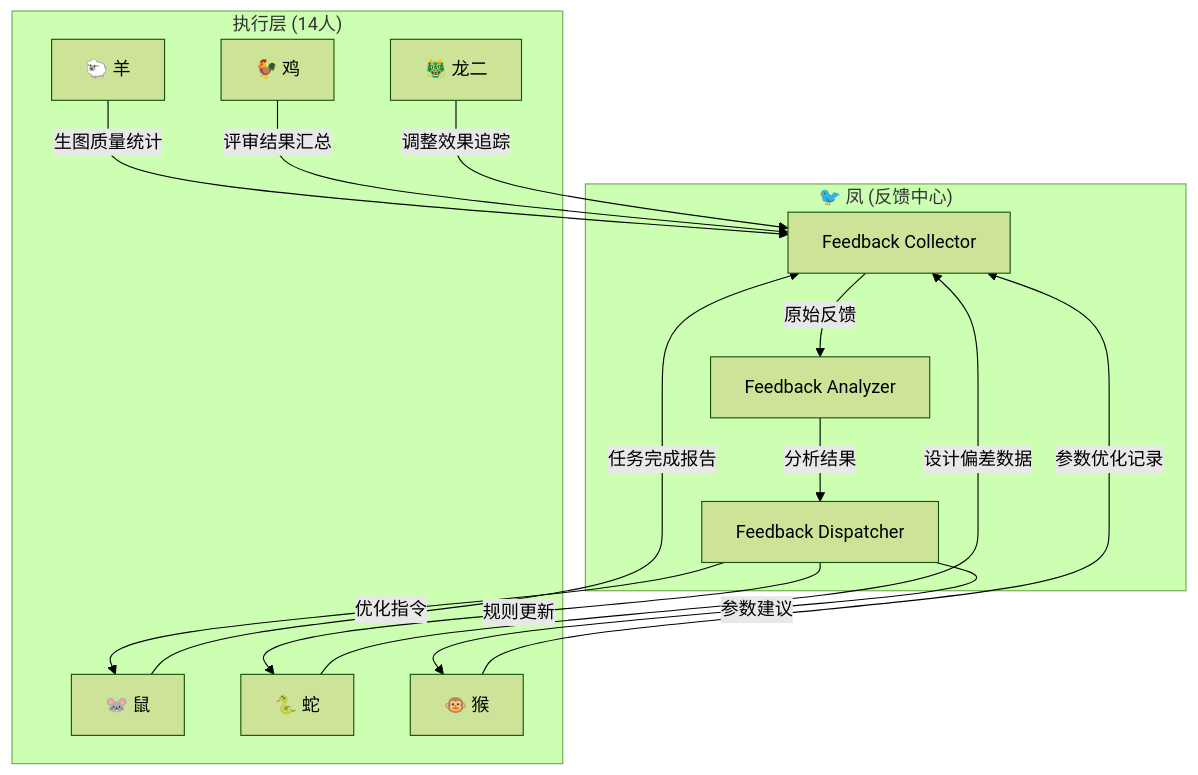
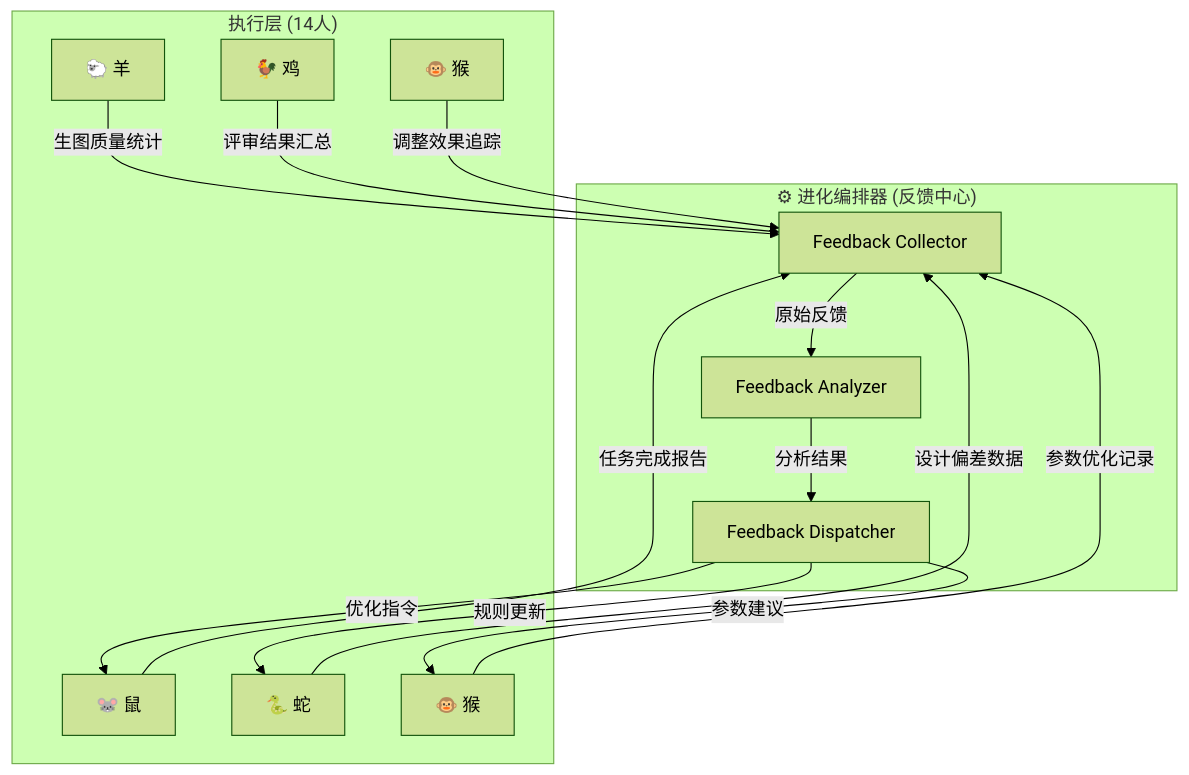
The diagram in skills/zheng10-evolution-orchestrator/SKILL.md (xukaitai321300-ctrl/-), drawn with Mermaid (forest theme) before and after one commit. The commit also changed other lines of this file and 147 other files, not shown here.

````diff
--- a/skills/zheng10-evolution-orchestrator/SKILL.md
+++ b/skills/zheng10-evolution-orchestrator/SKILL.md
@@ -284,23 +311,23 @@
 ```mermaid
 graph TD
-    subgraph "🐦 凤 (反馈中心)"
+    subgraph "⚙ 进化编排器 (反馈中心)"
         FC[Feedback Collector]
         FA[Feedback Analyzer]
         FD[Feedback Dispatcher]
     end
     
     subgraph "执行层 (14人)"
         R[🐭 鼠] -->|任务完成报告| FC
         S[🐍 蛇] -->|设计偏差数据| FC
         G[🐑 羊] -->|生图质量统计| FC
         RK[🐓 鸡] -->|评审结果汇总| FC
-        D2[🐲 龙二] -->|调整效果追踪| FC
+        D2[🐵 猴] -->|调整效果追踪| FC
         M[🐵 猴] -->|参数优化记录| FC
     end
     
     FC -->|原始反馈| FA
     FA -->|分析结果| FD
     FD -->|优化指令| R
     FD -->|规则更新| S
     FD -->|参数建议| M
 ```
````
